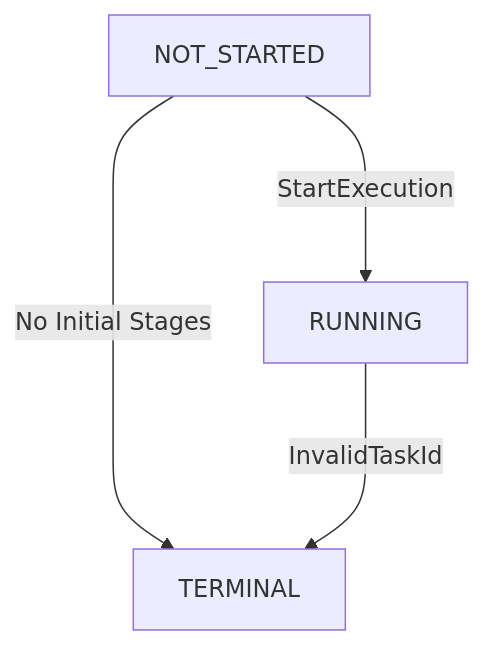
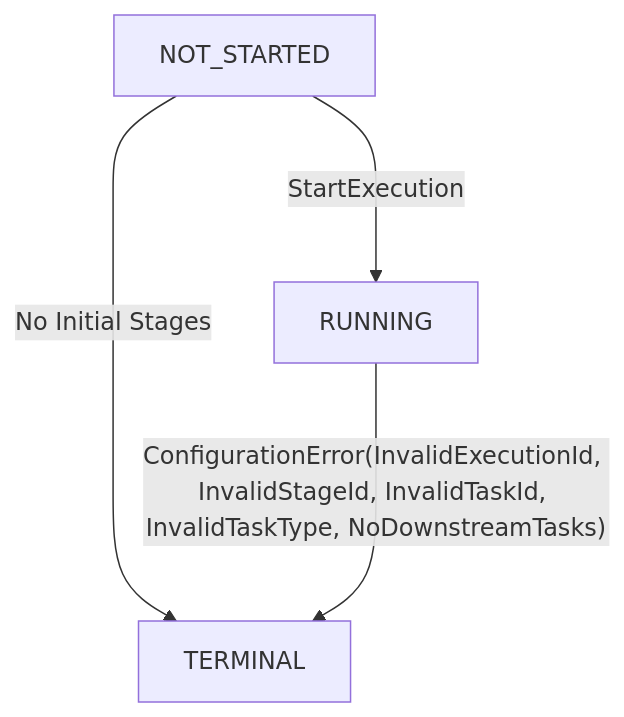
Before and after one commit to kalencaya/docs: the first of 4 diagrams in docs/2025/zh/project/workflow/orchestration/orca.mdx, drawn with Mermaid. The commit also changed other lines of this file, not shown here.

````diff
--- a/docs/2025/zh/project/workflow/orchestration/orca.mdx
+++ b/docs/2025/zh/project/workflow/orchestration/orca.mdx
@@ -76,6 +94,6 @@
 ```mermaid
 graph TD;
     NOT_STARTED -- StartExecution ---> RUNNING;
     NOT_STARTED -- No Initial Stages ---> TERMINAL;
-    RUNNING -- InvalidTaskId ---> TERMINAL;
+    RUNNING -- ConfigurationError(InvalidExecutionId, InvalidStageId, InvalidTaskId, InvalidTaskType, NoDownstreamTasks) ---> TERMINAL;
 ```
````
